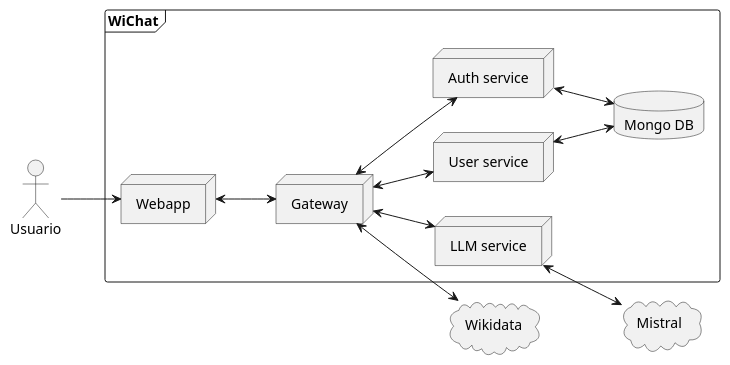
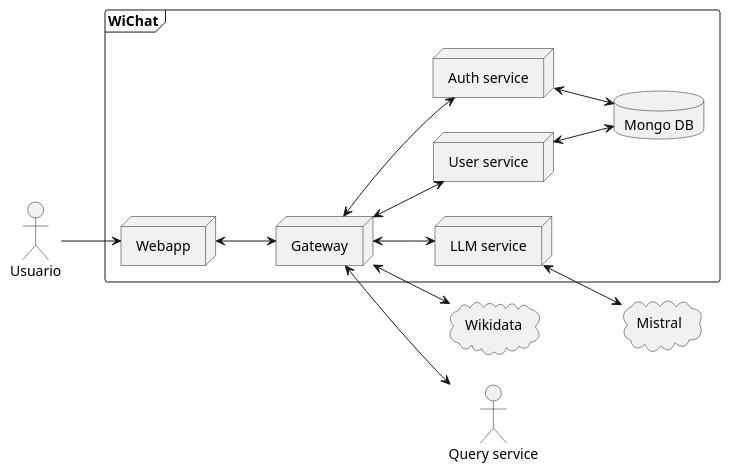
Before and after one commit to Arquisoft/wichat_es5b: the second of 2 diagrams in docs/src/03_context_and_scope.adoc, drawn with PlantUML. The commit also changed other lines of this file, not shown here.

```diff
--- a/docs/src/03_context_and_scope.adoc
+++ b/docs/src/03_context_and_scope.adoc
@@ -112,39 +112,40 @@
 [plantuml,"Vision general",png]
 ----
 @startuml
 skinparam monochrome true
 left to right direction
 
 actor "Usuario"
 
 frame WiChat {
     node "Webapp"
 
     node "Gateway"
 
     node "User service"
 
     node "Auth service"
 
     node "LLM service"
 
     database "Mongo DB"
 }
 
 cloud "Wikidata"
 
 cloud "Mistral"
 
 "Usuario" --> "Webapp"
 "Webapp" <--> "Gateway"
 "Gateway" <--> "User service"
 "Gateway" <--> "Auth service"
 "Gateway" <--> "LLM service"
+"Gateway" <--> "Query service"
 "User service" <--> "Mongo DB"
 "Auth service" <--> "Mongo DB"
 "LLM service" <--> "Mistral"
 "Gateway" <--> "Wikidata"
 
 
 @enduml
 ----
```
